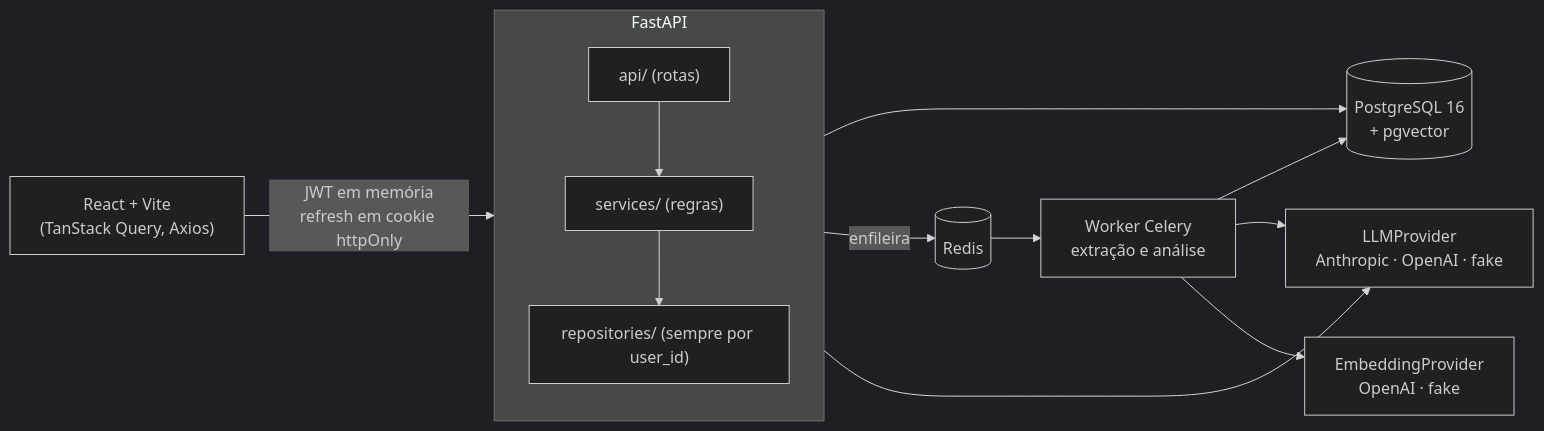
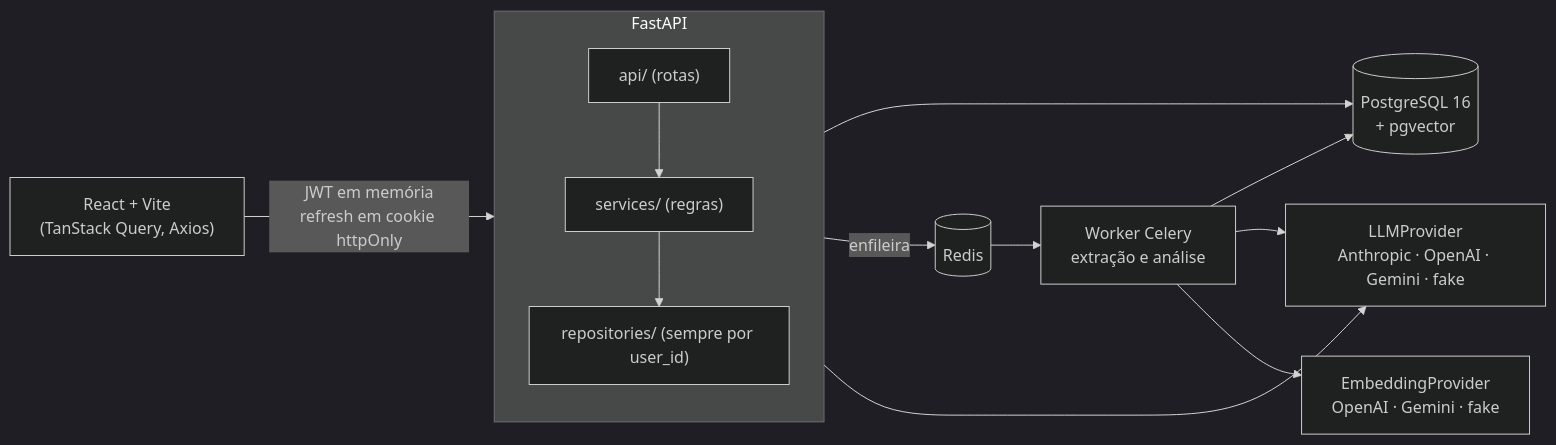
The first of 2 diagrams in README.md (pedropompeu/VagaFit), drawn with Mermaid (dark theme) before and after one commit. The commit also changed other lines of this file and 7 other files, not shown here.

First line of the commit message:
feat(ai): add gemini provider through openai-compatible endpoint

````diff
--- a/README.md
+++ b/README.md
@@ -71,16 +76,16 @@
 ```mermaid
 flowchart LR
     web["React + Vite<br/>(TanStack Query, Axios)"] -->|"JWT em memória<br/>refresh em cookie httpOnly"| api
     subgraph api["FastAPI"]
         direction TB
         routes["api/ (rotas)"] --> services["services/ (regras)"]
         services --> repos["repositories/ (sempre por user_id)"]
     end
     api -->|enfileira| redis[("Redis")]
     redis --> worker["Worker Celery<br/>extração e análise"]
     repos --> pg[("PostgreSQL 16<br/>+ pgvector")]
     worker --> pg
-    worker --> llm["LLMProvider<br/>Anthropic · OpenAI · fake"]
+    worker --> llm["LLMProvider<br/>Anthropic · OpenAI · Gemini · fake"]
     api --> llm
-    worker --> emb["EmbeddingProvider<br/>OpenAI · fake"]
+    worker --> emb["EmbeddingProvider<br/>OpenAI · Gemini · fake"]
 ```
````
